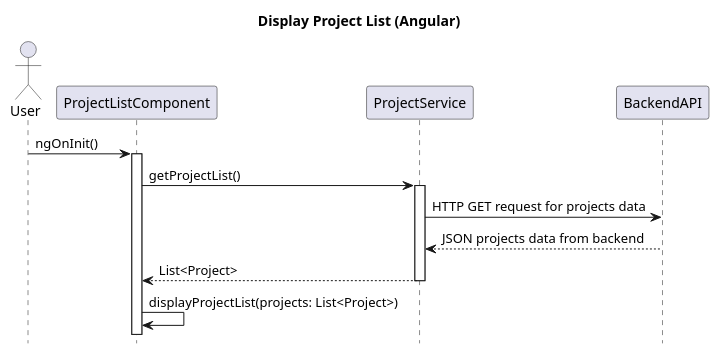
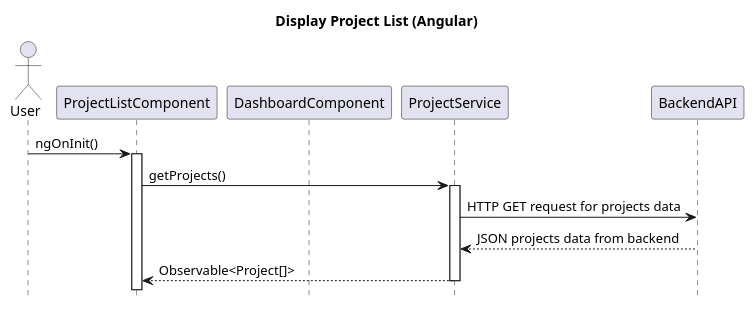
Before and after one commit to haturusinghe/project-dashboard-angular: the first of 5 diagrams in diagrams/updated-diagrams.md, drawn with PlantUML. The commit also changed other lines of this file and 8 other files, not shown here.

````diff
--- a/diagrams/updated-diagrams.md
+++ b/diagrams/updated-diagrams.md
@@ -5,29 +5,28 @@
 ```plantuml
 
 @startuml
 title Display Project List (Angular)
 hide footbox
 
 actor User
 
 participant ProjectListComponent as PLC
+participant DashboardComponent as DC
 participant ProjectService as PS
-participant BackendAPI as PC
+participant BackendAPI as BE
 
 
 User -> PLC: ngOnInit()
 activate PLC
-PLC -> PS: getProjectList()
+PLC -> PS: getProjects()
 activate PS
-PS -> PC: HTTP GET request for projects data
-PC --> PS: JSON projects data from backend
-PS --> PLC: List<Project> 
+PS -> BE: HTTP GET request for projects data
+BE --> PS: JSON projects data from backend
+PS --> PLC: Observable<Project[]>
 deactivate PS
-
-PLC -> PLC: displayProjectList(projects: List<Project>)
 
 
 
 @enduml
 
 ```
````
